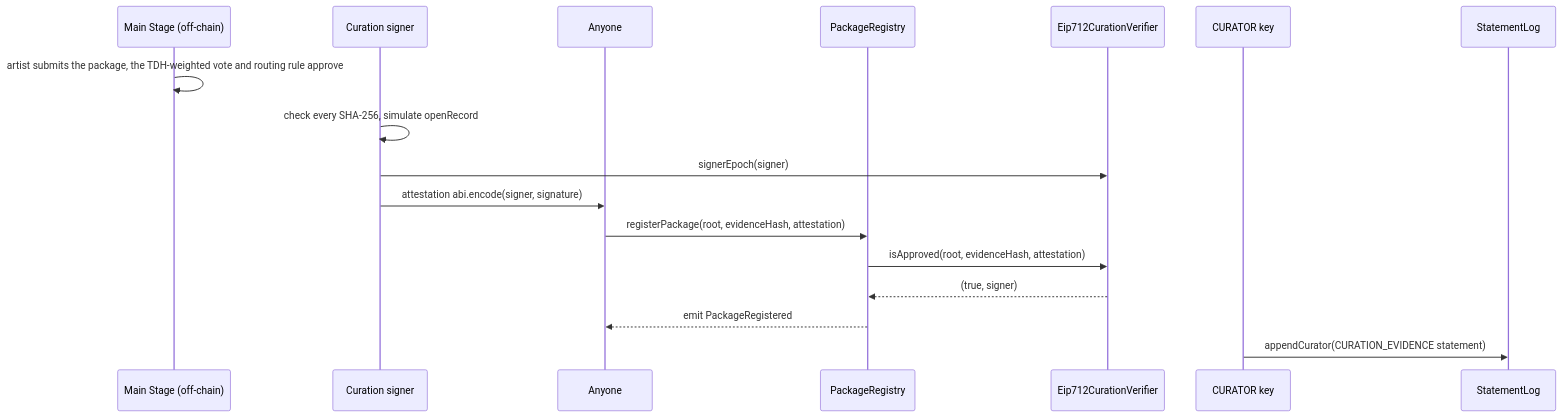
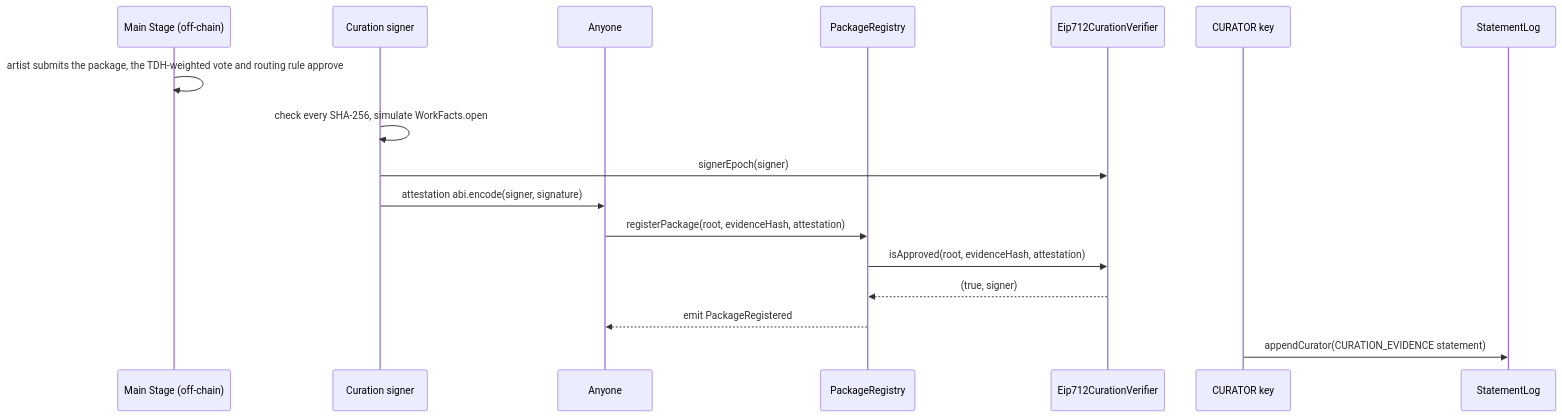
The fourth of 8 diagrams in docs/spec/curation.md (6529-Collections/6529-works), drawn with Mermaid before and after one commit. The commit also changed other lines of this file and 12 other files, not shown here.

````diff
--- a/docs/spec/curation.md
+++ b/docs/spec/curation.md
@@ -252,19 +248,19 @@
 ```mermaid
 sequenceDiagram
     participant Wave as Main Stage (off-chain)
     participant Signer as Curation signer
     participant Anyone as Anyone
     participant Registry as PackageRegistry
     participant Verifier as Eip712CurationVerifier
     participant Curator as CURATOR key
     participant Log as StatementLog
     Wave->>Wave: artist submits the package, the TDH-weighted vote and routing rule approve
-    Signer->>Signer: check every SHA-256, simulate openRecord
+    Signer->>Signer: check every SHA-256, simulate WorkFacts.open
     Signer->>Verifier: signerEpoch(signer)
     Signer->>Anyone: attestation abi.encode(signer, signature)
     Anyone->>Registry: registerPackage(root, evidenceHash, attestation)
     Registry->>Verifier: isApproved(root, evidenceHash, attestation)
     Verifier-->>Registry: (true, signer)
     Registry-->>Anyone: emit PackageRegistered
     Curator->>Log: appendCurator(CURATION_EVIDENCE statement)
 ```
````
